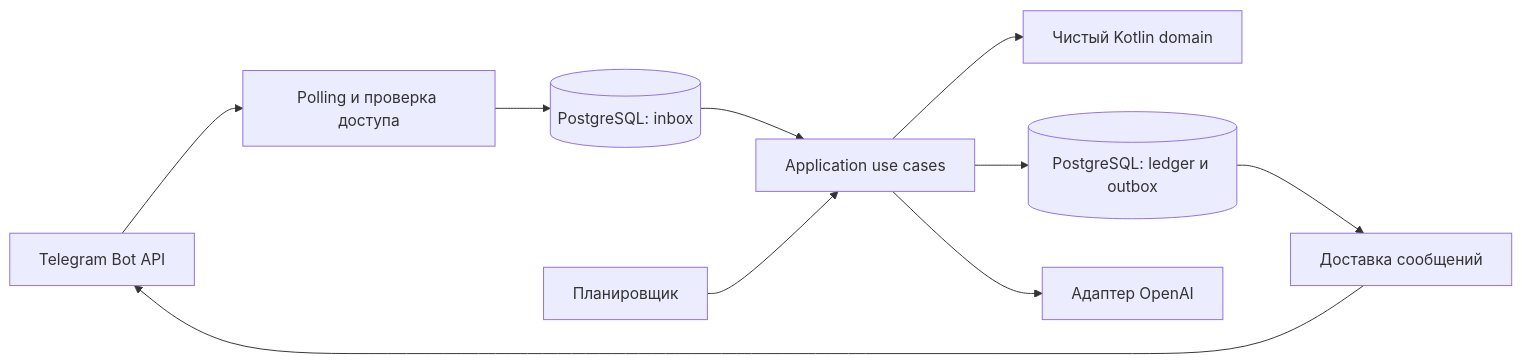
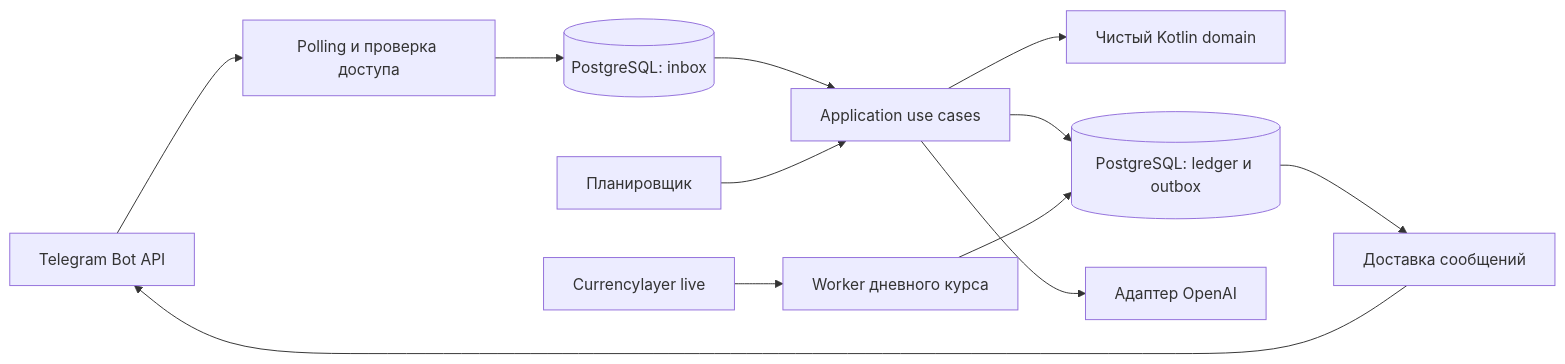
Before and after one commit to firkatdavletov/FinanceConsultante: the diagram in ARCHITECTURE.md, drawn with Mermaid. The commit also changed other lines of this file and 29 other files, not shown here.

````diff
--- a/ARCHITECTURE.md
+++ b/ARCHITECTURE.md
@@ -65,12 +66,14 @@
 ```mermaid
 flowchart LR
     TG[Telegram Bot API] --> IN[Polling и проверка доступа]
     IN --> DB[(PostgreSQL: inbox)]
     DB --> UC[Application use cases]
     UC --> D[Чистый Kotlin domain]
     UC --> PG[(PostgreSQL: ledger и outbox)]
     UC --> AI[Адаптер OpenAI]
     S[Планировщик] --> UC
+    FX[Currencylayer live] --> XW[Worker дневного курса]
+    XW --> PG
     PG --> OUT[Доставка сообщений]
     OUT --> TG
 ```
````
